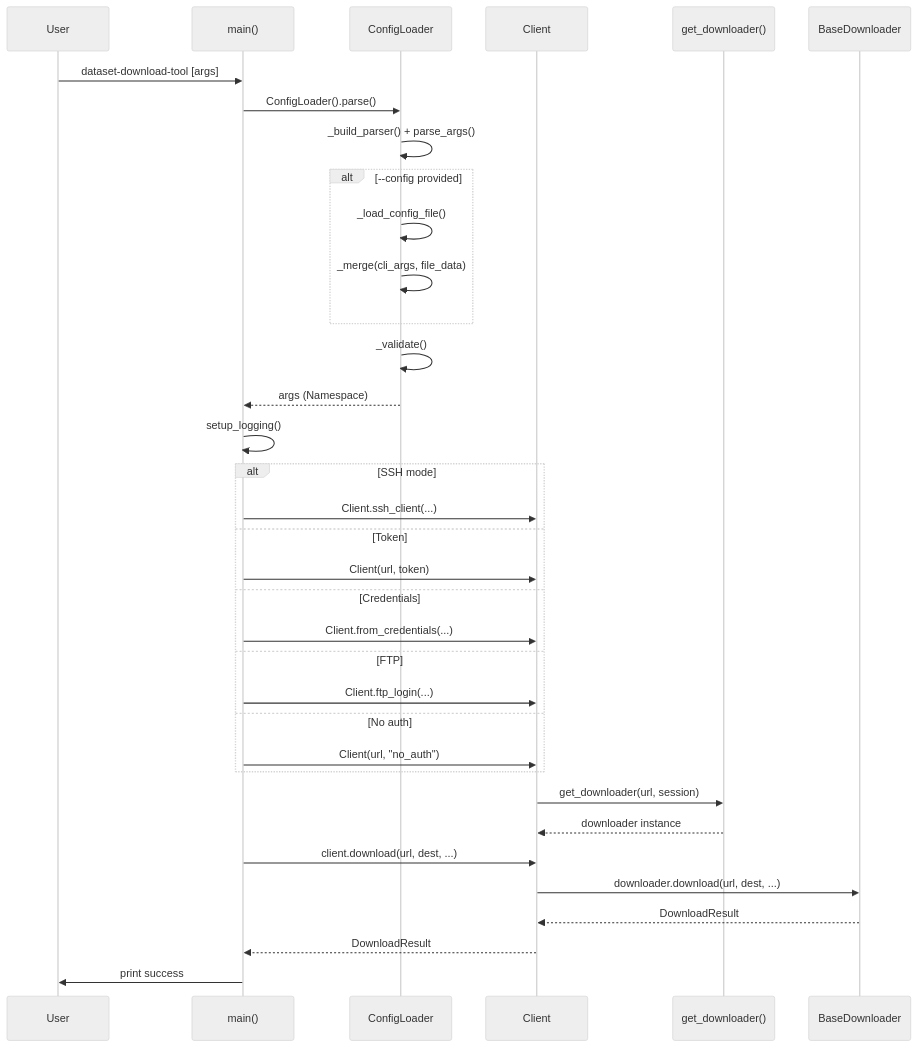
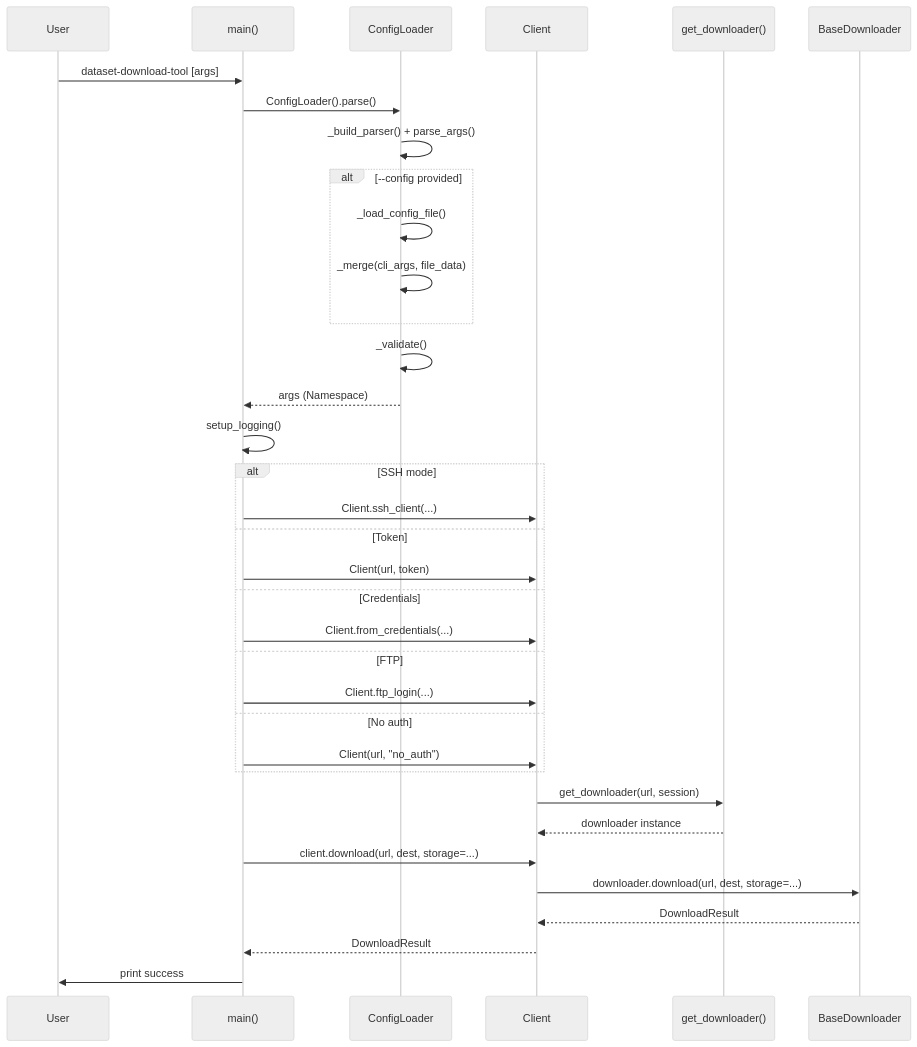
One commit to dafnifacility/dafni-data-bridge changed the second of 4 diagrams in docs/developer-guide/design.md. Above: the diagram before and after it, drawn with Mermaid (neutral theme). The commit also changed other lines of this file and 6 other files, not shown here.

````diff
--- a/docs/developer-guide/design.md
+++ b/docs/developer-guide/design.md
@@ -177,41 +213,41 @@
 ```mermaid
 sequenceDiagram
     participant User
     participant main as main()
     participant CL as ConfigLoader
     participant Client
     participant GD as get_downloader()
     participant BD as BaseDownloader
 
     User->>main: dataset-download-tool [args]
     main->>CL: ConfigLoader().parse()
     CL->>CL: _build_parser() + parse_args()
     alt --config provided
         CL->>CL: _load_config_file()
         CL->>CL: _merge(cli_args, file_data)
     end
     CL->>CL: _validate()
     CL-->>main: args (Namespace)
     main->>main: setup_logging()
 
     alt SSH mode
         main->>Client: Client.ssh_client(...)
     else Token
         main->>Client: Client(url, token)
     else Credentials
         main->>Client: Client.from_credentials(...)
     else FTP
         main->>Client: Client.ftp_login(...)
     else No auth
         main->>Client: Client(url, "no_auth")
     end
 
     Client->>GD: get_downloader(url, session)
     GD-->>Client: downloader instance
 
-    main->>Client: client.download(url, dest, ...)
-    Client->>BD: downloader.download(url, dest, ...)
+    main->>Client: client.download(url, dest, storage=...)
+    Client->>BD: downloader.download(url, dest, storage=...)
     BD-->>Client: DownloadResult
     Client-->>main: DownloadResult
     main->>User: print success
 ```
````
